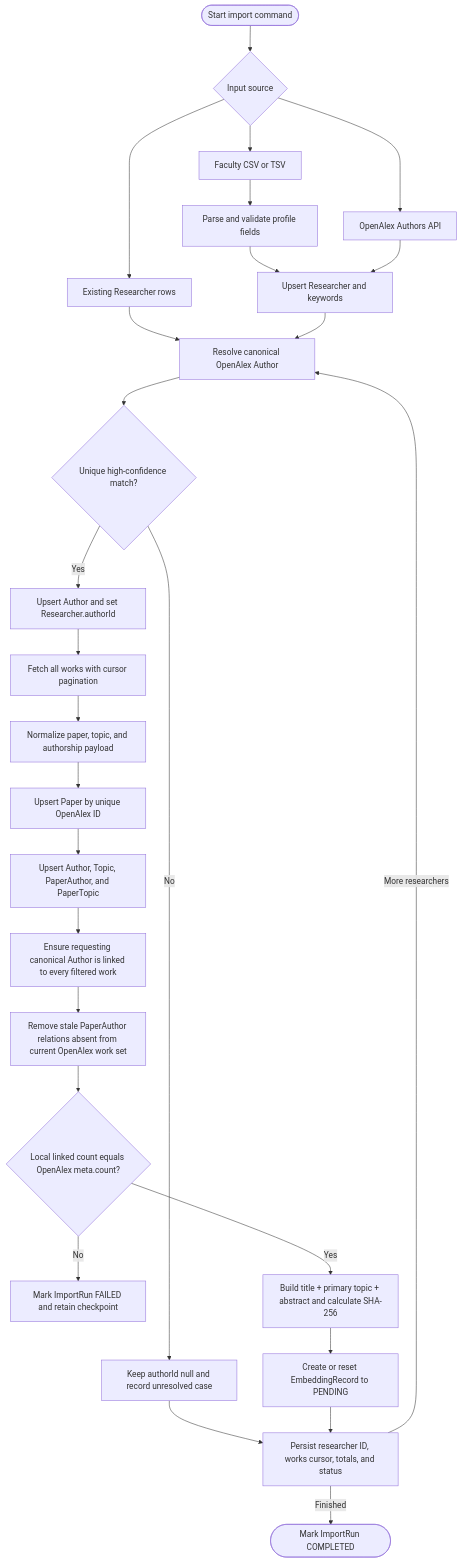
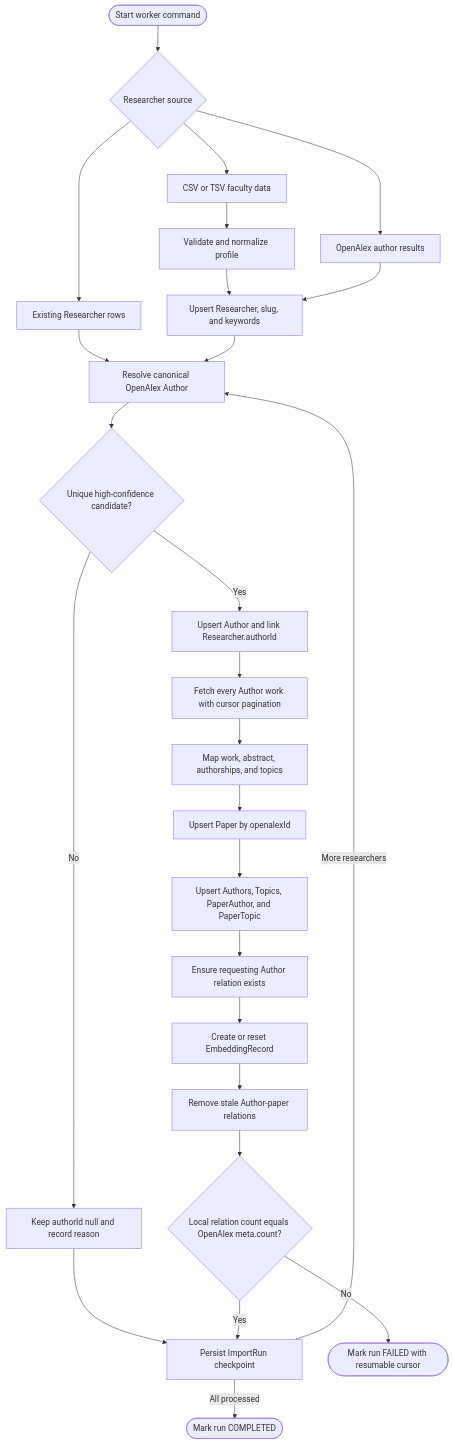
Before and after one commit to levanduc1907/research-portal: the fifth of 13 diagrams in docs/system-architecture.md, drawn with Mermaid. The commit also changed other lines of this file, not shown here.

Commit message:
docs: redraw system architecture

````diff
--- a/docs/system-architecture.md
+++ b/docs/system-architecture.md
@@ -304,45 +412,41 @@
 ```mermaid
 flowchart TD
-    Start([Start import command])
-    SourceChoice{Input source}
-    CSV[Faculty CSV or TSV]
+    Start([Start worker command])
+    Source{Researcher source}
+    CSV[CSV or TSV faculty data]
     Existing[Existing Researcher rows]
-    OAAuthors[OpenAlex Authors API]
+    OAAuthors[OpenAlex author results]
 
-    Parse[Parse and validate profile fields]
-    UpsertResearcher[Upsert Researcher and keywords]
+    Parse[Validate and normalize profile]
+    UpsertR[Upsert Researcher, slug, and keywords]
     Resolve[Resolve canonical OpenAlex Author]
-    Ambiguous{Unique high-confidence match?}
-    Unresolved[Keep authorId null and record unresolved case]
-    Link[Upsert Author and set Researcher.authorId]
+    Safe{Unique high-confidence candidate?}
+    Unresolved[Keep authorId null and record reason]
+    Link[Upsert Author and link Researcher.authorId]
 
-    FetchWorks[Fetch all works with cursor pagination]
-    Normalize[Normalize paper, topic, and authorship payload]
-    UpsertPaper[Upsert Paper by unique OpenAlex ID]
-    UpsertGraph[Upsert Author, Topic, PaperAuthor, and PaperTopic]
-    ForceRelation[Ensure requesting canonical Author is linked to every filtered work]
-    Reconcile[Remove stale PaperAuthor relations absent from current OpenAlex work set]
-    Verify{Local linked count equals OpenAlex meta.count?}
-    Fail[Mark ImportRun FAILED and retain checkpoint]
-    Hash[Build title + primary topic + abstract and calculate SHA-256]
-    Queue[Create or reset EmbeddingRecord to PENDING]
-    Checkpoint[Persist researcher ID, works cursor, totals, and status]
-    Complete([Mark ImportRun COMPLETED])
+    Fetch[Fetch every Author work with cursor pagination]
+    Map[Map work, abstract, authorships, and topics]
+    UpsertP[Upsert Paper by openalexId]
+    Graph[Upsert Authors, Topics, PaperAuthor, and PaperTopic]
+    Canonical[Ensure requesting Author relation exists]
+    Queue[Create or reset EmbeddingRecord]
+    Reconcile[Remove stale Author-paper relations]
+    Verify{Local relation count equals OpenAlex meta.count?}
+    Save[Persist ImportRun checkpoint]
+    Failed([Mark run FAILED with resumable cursor])
+    Done([Mark run COMPLETED])
 
-    Start --> SourceChoice
-    SourceChoice --> CSV
-    SourceChoice --> Existing
-    SourceChoice --> OAAuthors
-    CSV --> Parse --> UpsertResearcher
-    Existing --> Resolve
-    OAAuthors --> UpsertResearcher
-    UpsertResearcher --> Resolve
-    Resolve --> Ambiguous
-    Ambiguous -->|No| Unresolved --> Checkpoint
-    Ambiguous -->|Yes| Link --> FetchWorks
-    FetchWorks --> Normalize --> UpsertPaper --> UpsertGraph --> ForceRelation --> Reconcile --> Verify
-    Verify -->|No| Fail
-    Verify -->|Yes| Hash --> Queue --> Checkpoint
-    Checkpoint -->|More researchers| Resolve
-    Checkpoint -->|Finished| Complete
+    Start --> Source
+    Source --> CSV --> Parse --> UpsertR
+    Source --> Existing --> Resolve
+    Source --> OAAuthors --> UpsertR
+    UpsertR --> Resolve
+    Resolve --> Safe
+    Safe -->|No| Unresolved --> Save
+    Safe -->|Yes| Link --> Fetch --> Map --> UpsertP --> Graph --> Canonical --> Queue
+    Queue --> Reconcile --> Verify
+    Verify -->|No| Failed
+    Verify -->|Yes| Save
+    Save -->|More researchers| Resolve
+    Save -->|All processed| Done
 ```
````
